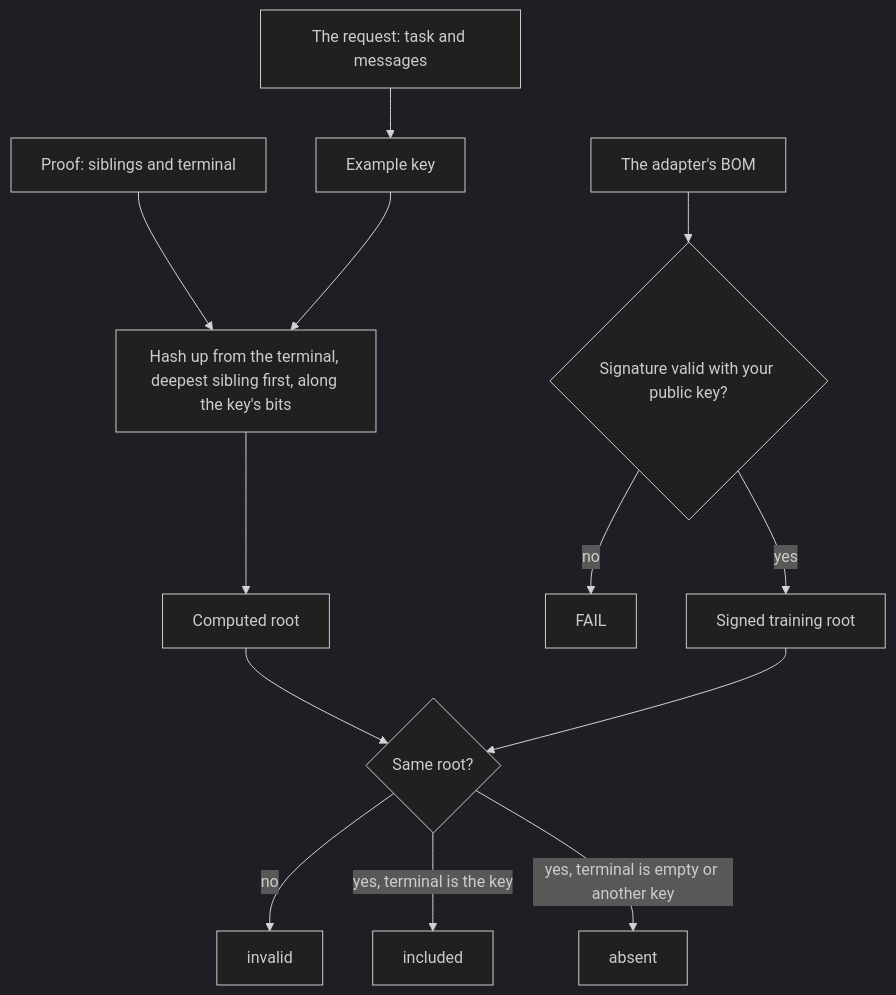
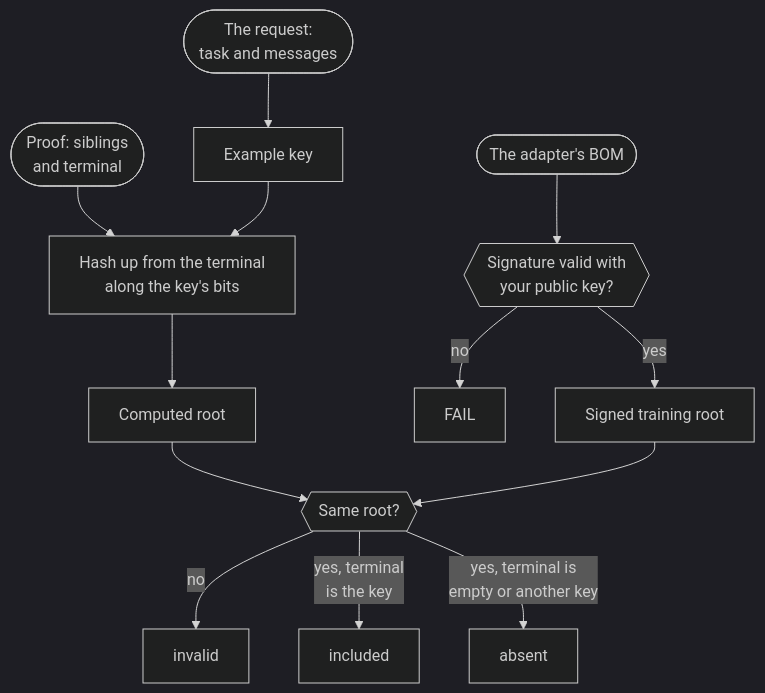
Before and after one commit to harshbhx/ratchet: the third of 4 diagrams in docs-site/src/content/docs/guides/evidence.mdx, drawn with Mermaid (dark theme). The commit also changed other lines of this file and 25 other files, not shown here.

````diff
--- a/docs-site/src/content/docs/guides/evidence.mdx
+++ b/docs-site/src/content/docs/guides/evidence.mdx
@@ -184,15 +213,18 @@
 ```mermaid
-flowchart TD
-  Req["The request: task and messages"] --> Key["Example key"]
-  PF["Proof: siblings and terminal"] --> Fold["Hash up from the terminal, deepest sibling first, along the key's bits"]
+flowchart TB
+  Req(["The request:<br/>task and messages"]) --> Key["Example key"]
+  PF(["Proof: siblings<br/>and terminal"]) --> Fold["Hash up from the terminal<br/>along the key's bits"]
   Key --> Fold
   Fold --> CR["Computed root"]
-  BOM["The adapter's BOM"] --> Sig{"Signature valid with your public key?"}
-  Sig -->|no| Fail["FAIL"]
-  Sig -->|yes| SR["Signed training root"]
-  CR --> Cmp{"Same root?"}
+  BOM(["The adapter's BOM"]) --> Sig{{"Signature valid with<br/>your public key?"}}
+  Sig -->|"no"| Fail["FAIL"]
+  Sig -->|"yes"| SR["Signed training root"]
+  CR --> Cmp{{"Same root?"}}
   SR --> Cmp
-  Cmp -->|no| Inv["invalid"]
-  Cmp -->|"yes, terminal is the key"| Inc["included"]
-  Cmp -->|"yes, terminal is empty or another key"| Abs["absent"]
+  Cmp -->|"no"| Inv["invalid"]
+  Cmp -->|"yes, terminal<br/>is the key"| Inc["included"]
+  Cmp -->|"yes, terminal is<br/>empty or another key"| Abs["absent"]
+  class Sig,Cmp gate
+  class Fail,Inv danger
+  class Inc,Abs ok
 ```
````
